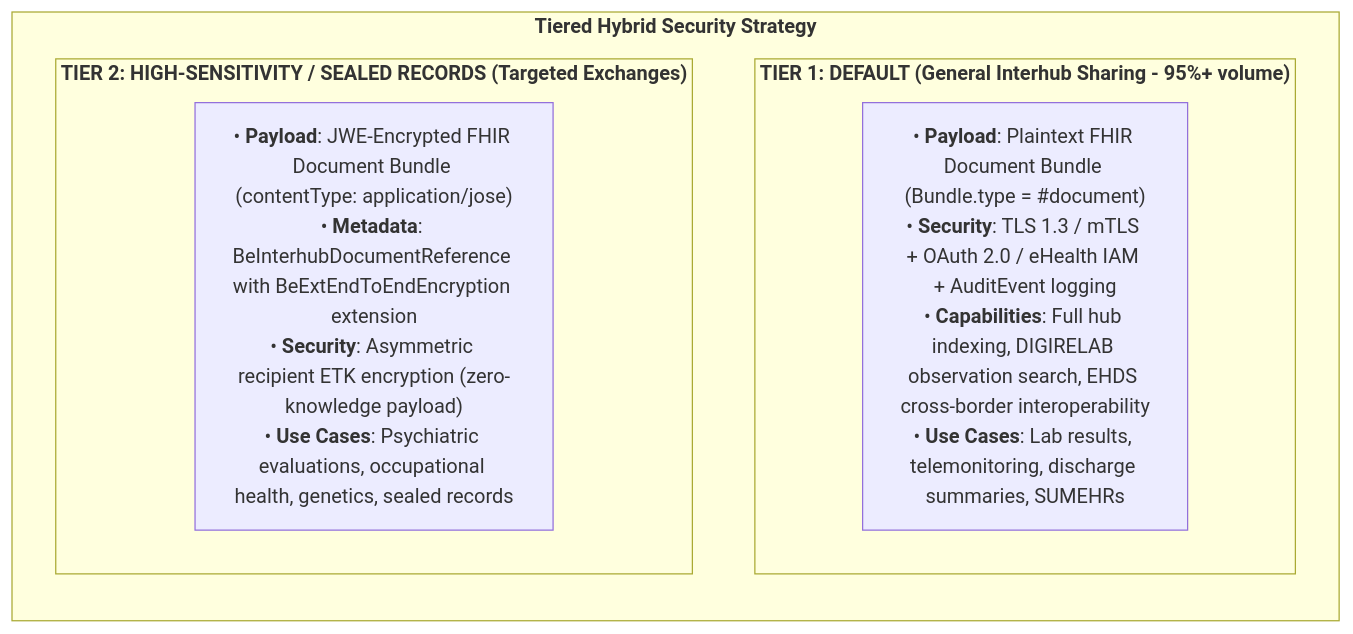
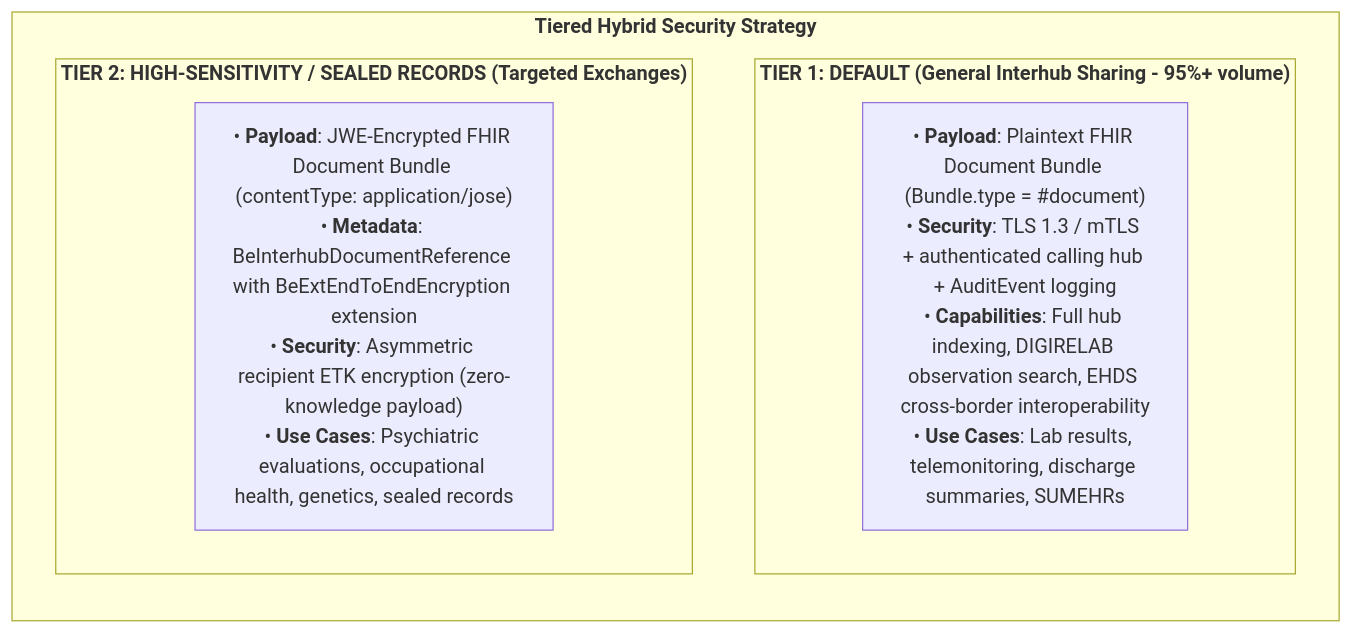
The third of 3 diagrams in input/pagecontent/end-to-end-encryption.md (Erwin-Bellon/hubsharing), drawn with Mermaid before and after one commit. The commit also changed other lines of this file and 17 other files, not shown here.

````diff
--- a/input/pagecontent/end-to-end-encryption.md
+++ b/input/pagecontent/end-to-end-encryption.md
@@ -160,12 +168,12 @@
 ```mermaid
 flowchart TD
     subgraph Strategy["<b>Tiered Hybrid Security Strategy</b>"]
         direction TB
         subgraph Tier1["<b>TIER 1: DEFAULT (General Interhub Sharing - 95%+ volume)</b>"]
-            T1["• <b>Payload</b>: Plaintext FHIR Document Bundle (Bundle.type = #document)<br/>• <b>Security</b>: TLS 1.3 / mTLS + OAuth 2.0 / eHealth IAM + AuditEvent logging<br/>• <b>Capabilities</b>: Full hub indexing, DIGIRELAB observation search, EHDS cross-border interoperability<br/>• <b>Use Cases</b>: Lab results, telemonitoring, discharge summaries, SUMEHRs"]
+            T1["• <b>Payload</b>: Plaintext FHIR Document Bundle (Bundle.type = #document)<br/>• <b>Security</b>: TLS 1.3 / mTLS + authenticated calling hub + AuditEvent logging<br/>• <b>Capabilities</b>: Full hub indexing, DIGIRELAB observation search, EHDS cross-border interoperability<br/>• <b>Use Cases</b>: Lab results, telemonitoring, discharge summaries, SUMEHRs"]
         end
         subgraph Tier2["<b>TIER 2: HIGH-SENSITIVITY / SEALED RECORDS (Targeted Exchanges)</b>"]
             T2["• <b>Payload</b>: JWE-Encrypted FHIR Document Bundle (contentType: application/jose)<br/>• <b>Metadata</b>: BeInterhubDocumentReference with BeExtEndToEndEncryption extension<br/>• <b>Security</b>: Asymmetric recipient ETK encryption (zero-knowledge payload)<br/>• <b>Use Cases</b>: Psychiatric evaluations, occupational health, genetics, sealed records"]
         end
     end
 ```
````
